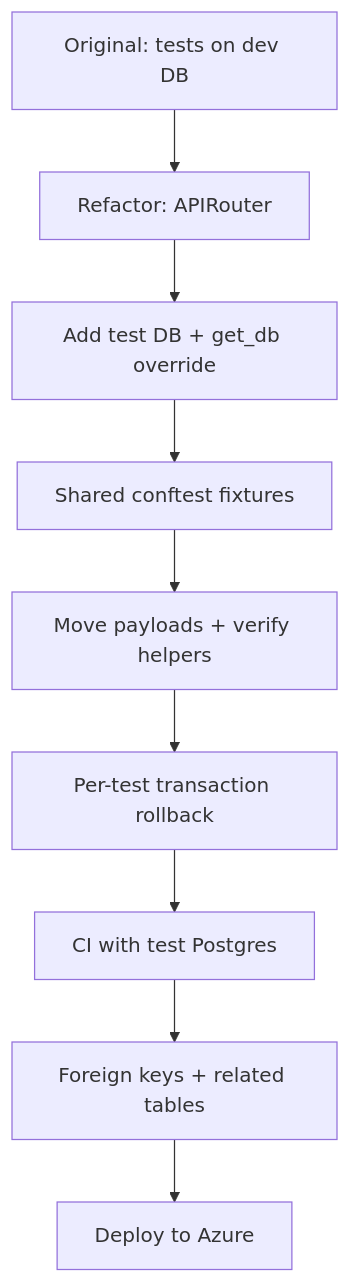
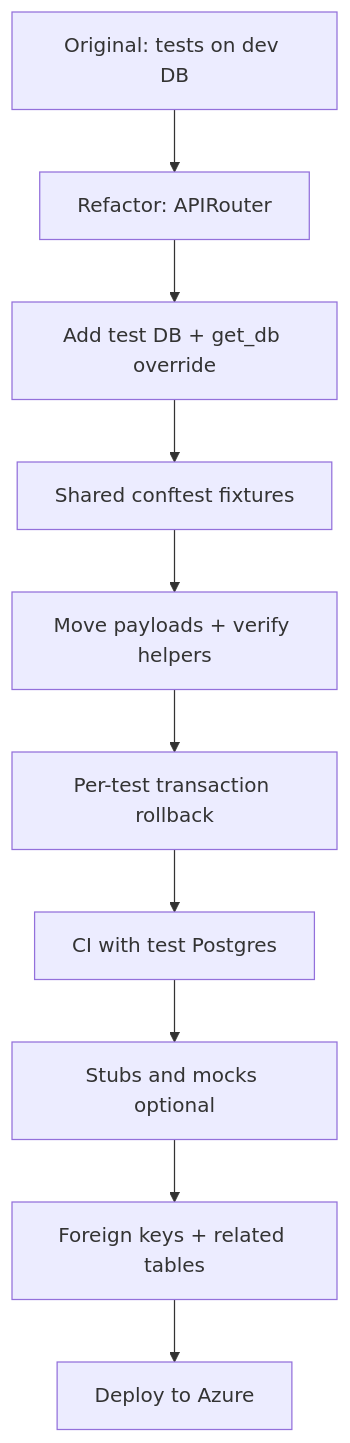
The fourth of 8 diagrams in docs/upgrade-roadmap.md (BrotherofOracleMan/CosmicMissions), drawn with Mermaid before and after one commit. The commit also changed other lines of this file and 4 other files, not shown here.

Commit message:
added crew_members table, new models and schemas

````diff
--- a/docs/upgrade-roadmap.md
+++ b/docs/upgrade-roadmap.md
@@ -201,11 +338,12 @@
 ```mermaid
 flowchart TD
     baseline[Original: tests on dev DB] --> router[Refactor: APIRouter]
     router --> testDb[Add test DB + get_db override]
     testDb --> conftest[Shared conftest fixtures]
     conftest --> payloads[Move payloads + verify helpers]
     payloads --> rollback[Per-test transaction rollback]
     rollback --> ci[CI with test Postgres]
-    ci --> fkeys[Foreign keys + related tables]
+    ci --> stubs[Stubs and mocks optional]
+    stubs --> fkeys[Foreign keys + related tables]
     fkeys --> azure[Deploy to Azure]
 ```
````
